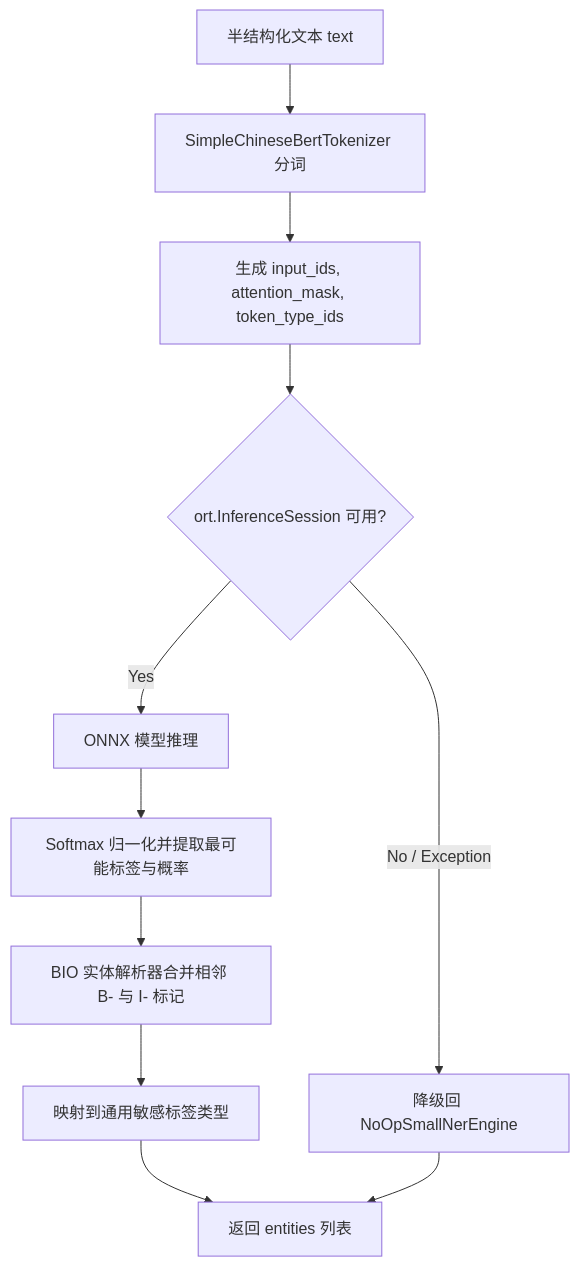
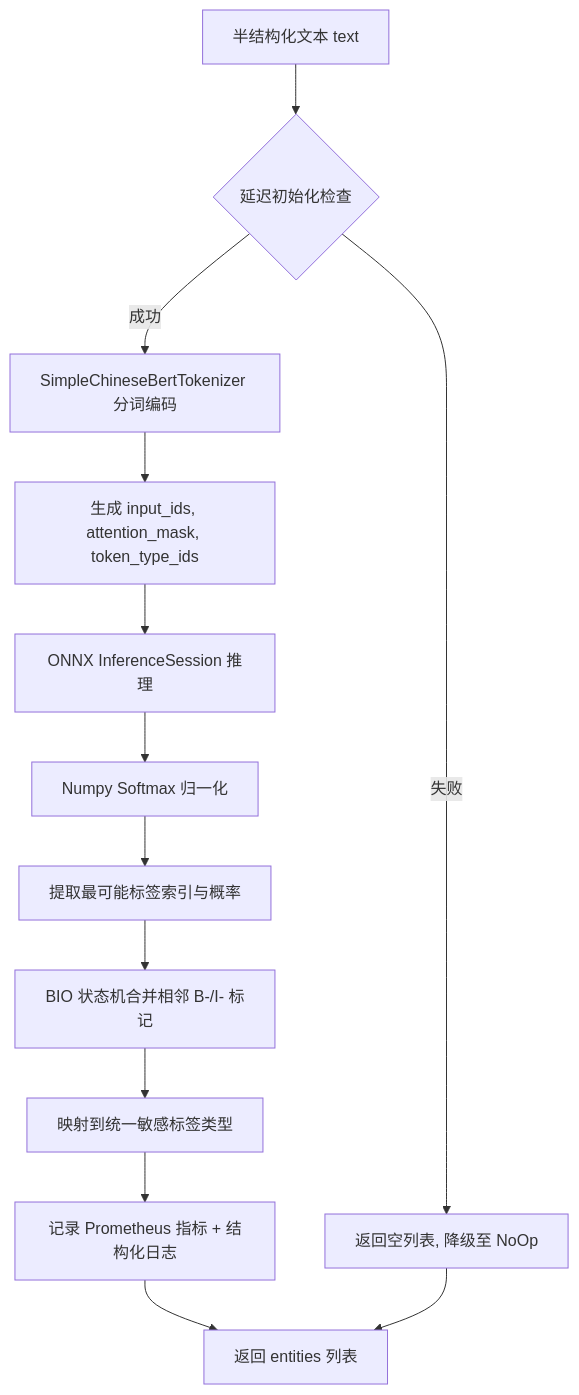
The diagram in docs/classification_ner/design.md (fengzhizi319/privacy-local-agent), drawn with Mermaid before and after one commit. The commit also changed other lines of this file and 13 other files, not shown here.

````diff
--- a/docs/classification_ner/design.md
+++ b/docs/classification_ner/design.md
@@ -47,16 +117,18 @@
 ```mermaid
 flowchart TD
-    Input[半结构化文本 text] --> Tokenizer[SimpleChineseBertTokenizer 分词]
+    Input[半结构化文本 text] --> LazyInit{延迟初始化检查}
+    LazyInit -->|失败| Fallback[返回空列表, 降级至 NoOp]
+    LazyInit -->|成功| Tokenizer[SimpleChineseBertTokenizer 分词编码]
+
     Tokenizer --> Encode[生成 input_ids, attention_mask, token_type_ids]
+    Encode --> ONNX[ONNX InferenceSession 推理]
 
-    Encode --> Init{ort.InferenceSession 可用?}
-    Init -->|Yes| ONNX[ONNX 模型推理]
-    Init -->|No / Exception| Fallback[降级回 NoOpSmallNerEngine]
+    ONNX --> Softmax[Numpy Softmax 归一化]
+    Softmax --> Argmax[提取最可能标签索引与概率]
+    Argmax --> Parse[BIO 状态机合并相邻 B-/I- 标记]
+    Parse --> Map[映射到统一敏感标签类型]
 
-    ONNX --> Argmax[Softmax 归一化并提取最可能标签与概率]
-    Argmax --> Parse[BIO 实体解析器合并相邻 B- 与 I- 标记]
-    Parse --> Map[映射到通用敏感标签类型]
-
-    Map --> Success[返回 entities 列表]
+    Map --> Metrics[记录 Prometheus 指标 + 结构化日志]
+    Metrics --> Success[返回 entities 列表]
     Fallback --> Success
 ```
````
